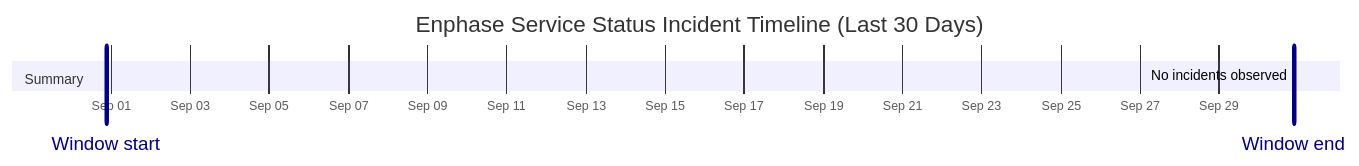
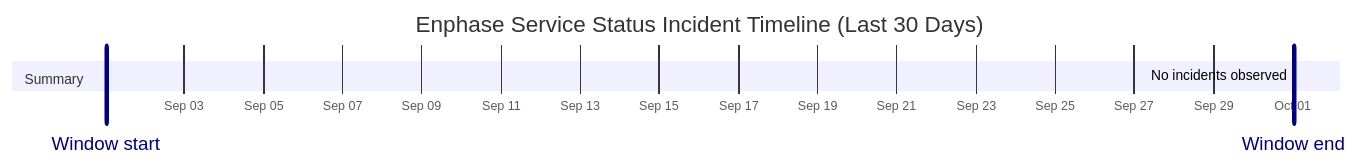
Before and after one commit to barneyonline/ha-enphase-energy: the diagram in wiki/Service-Status-History.md, drawn with Mermaid. The commit also changed other lines of this file and 3 other files, not shown here.

````diff
--- a/wiki/Service-Status-History.md
+++ b/wiki/Service-Status-History.md
@@ -14,10 +14,10 @@
 ```mermaid
 gantt
     title Enphase Service Status Incident Timeline (Last 30 Days)
     dateFormat  YYYY-MM-DDTHH:mm:ss
     axisFormat  %b %d
-    Window start :vert, window-start, 2026-08-31T21:12:18, 0ms
-    Window end :vert, window-end, 2026-09-30T21:12:18, 0ms
+    Window start :vert, window-start, 2026-09-01T00:40:31, 0ms
+    Window end :vert, window-end, 2026-10-01T00:40:31, 0ms
     section Summary
-    No incidents observed :done, 2026-09-30T21:12:18, 1m
+    No incidents observed :done, 2026-10-01T00:40:31, 1m
 ```
````
